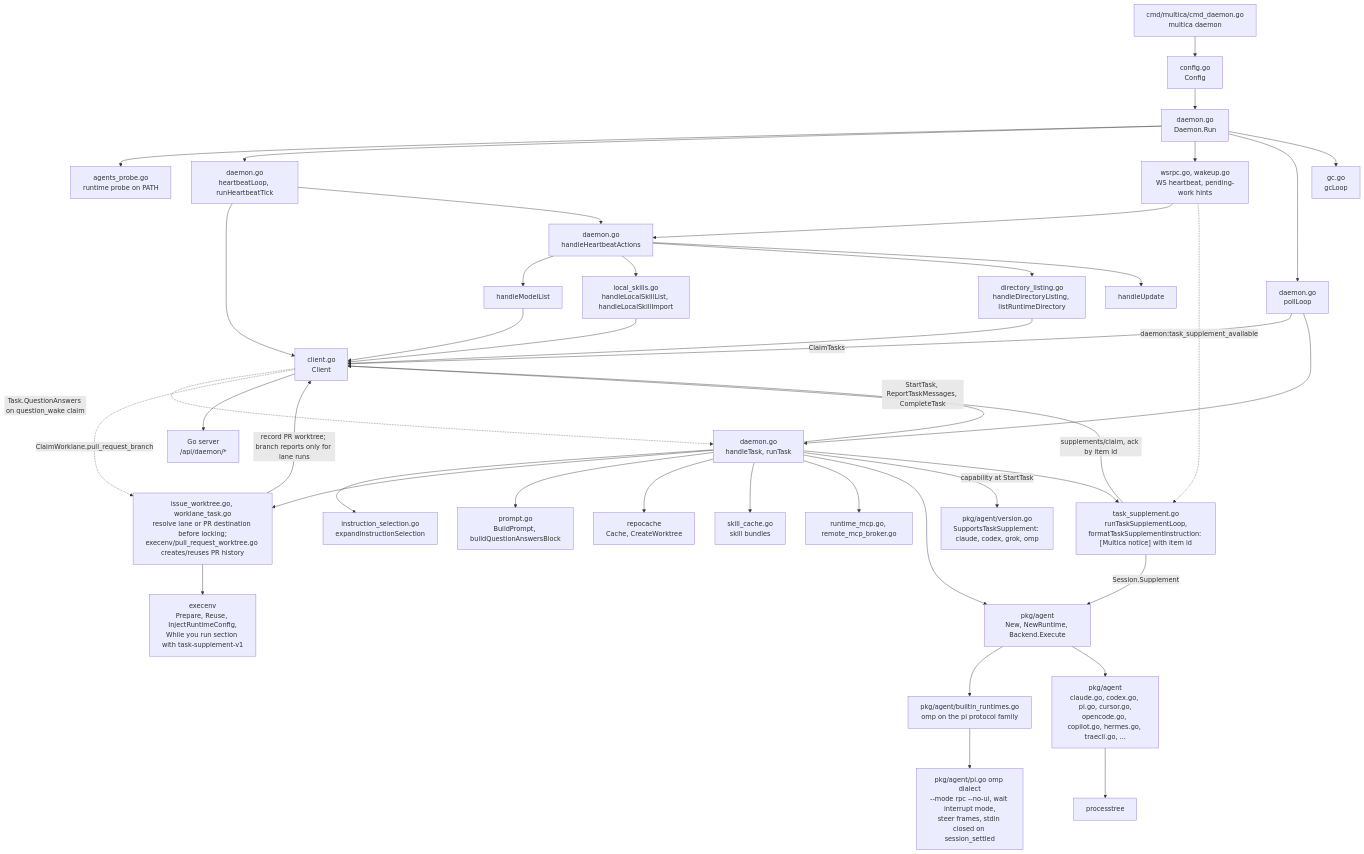
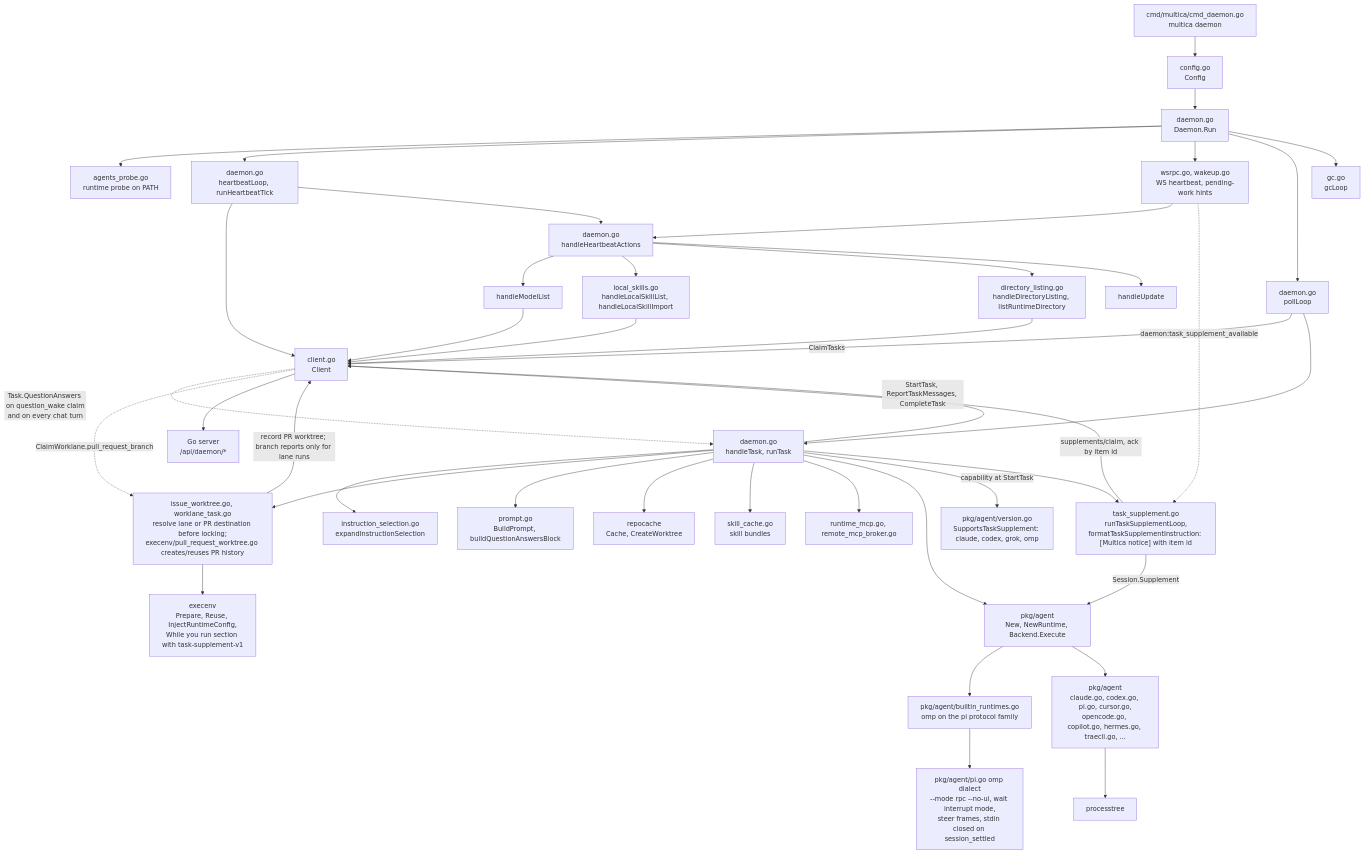
The third of 8 diagrams in specs/docs/system-design.md (appboypov/multica), drawn with Mermaid before and after one commit. The commit also changed other lines of this file, not shown here.

Commit message:
docs(specs): living design for chat question wakes (WORK-447)

````diff
--- a/specs/docs/system-design.md
+++ b/specs/docs/system-design.md
@@ -212,73 +212,73 @@
 ```mermaid
 flowchart TB
   cmd["cmd/multica/cmd_daemon.go<br/>multica daemon"]
   config["config.go<br/>Config"]
   run["daemon.go<br/>Daemon.Run"]
   probe["agents_probe.go<br/>runtime probe on PATH"]
   client["client.go<br/>Client"]
   hb["daemon.go<br/>heartbeatLoop, runHeartbeatTick"]
   ws["wsrpc.go, wakeup.go<br/>WS heartbeat, pending-work hints"]
   actions["daemon.go<br/>handleHeartbeatActions"]
   models["handleModelList"]
   localskills["local_skills.go<br/>handleLocalSkillList, handleLocalSkillImport"]
   dirlist["directory_listing.go<br/>handleDirectoryListing, listRuntimeDirectory"]
   selection["instruction_selection.go<br/>expandInstructionSelection"]
   update["handleUpdate"]
   poll["daemon.go<br/>pollLoop"]
   task["daemon.go<br/>handleTask, runTask"]
   worktrees["issue_worktree.go, worklane_task.go<br/>resolve lane or PR destination before locking;<br/>execenv/pull_request_worktree.go creates/reuses PR history"]
   execenv["execenv<br/>Prepare, Reuse, InjectRuntimeConfig,<br/>While you run section with task-supplement-v1"]
   prompt["prompt.go<br/>BuildPrompt, buildQuestionAnswersBlock"]
   supp["task_supplement.go<br/>runTaskSupplementLoop,<br/>formatTaskSupplementInstruction: [Multica notice] with item id"]
   version["pkg/agent/version.go<br/>SupportsTaskSupplement: claude, codex, grok, omp"]
   repocache["repocache<br/>Cache, CreateWorktree"]
   skillcache["skill_cache.go<br/>skill bundles"]
   mcp["runtime_mcp.go, remote_mcp_broker.go"]
   agentpkg["pkg/agent<br/>New, NewRuntime, Backend.Execute"]
   builtin["pkg/agent/builtin_runtimes.go<br/>omp on the pi protocol family"]
   omprpc["pkg/agent/pi.go omp dialect<br/>--mode rpc --no-ui, wait interrupt mode,<br/>steer frames, stdin closed on session_settled"]
   backends["pkg/agent<br/>claude.go, codex.go, pi.go, cursor.go,<br/>opencode.go, copilot.go, hermes.go, traecli.go, ..."]
   procs["processtree"]
   gc["gc.go<br/>gcLoop"]
   server["Go server<br/>/api/daemon/*"]
 
   cmd --> config --> run
   run --> probe
   run --> hb
   run --> ws
   run --> poll
   run --> gc
   hb --> client
   ws --> actions
   hb --> actions
   actions --> models
   actions --> localskills
   actions --> dirlist
   actions --> update
   poll -->|"ClaimTasks"| client
-  client -.->|"Task.QuestionAnswers on question_wake claim"| task
+  client -.->|"Task.QuestionAnswers on question_wake claim<br/>and on every chat turn"| task
   client -.->|"ClaimWorklane.pull_request_branch"| worktrees
   poll --> task
   task --> selection
   task --> worktrees --> execenv
   worktrees -->|"record PR worktree; branch reports only for lane runs"| client
   task --> prompt
   task --> repocache
   task --> skillcache
   task --> mcp
   task --> agentpkg
   agentpkg --> builtin
   agentpkg --> backends
   builtin --> omprpc
   task -->|"capability at StartTask"| version
   ws -.->|"daemon:task_supplement_available"| supp
   task --> supp
   supp -->|"supplements/claim, ack by item id"| client
   supp -->|"Session.Supplement"| agentpkg
   backends --> procs
   task -->|"StartTask, ReportTaskMessages, CompleteTask"| client
   models --> client
   localskills --> client
   dirlist --> client
   client --> server
 ```
````
